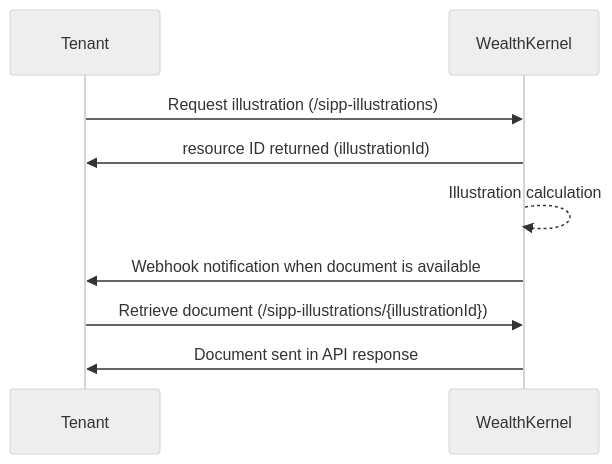
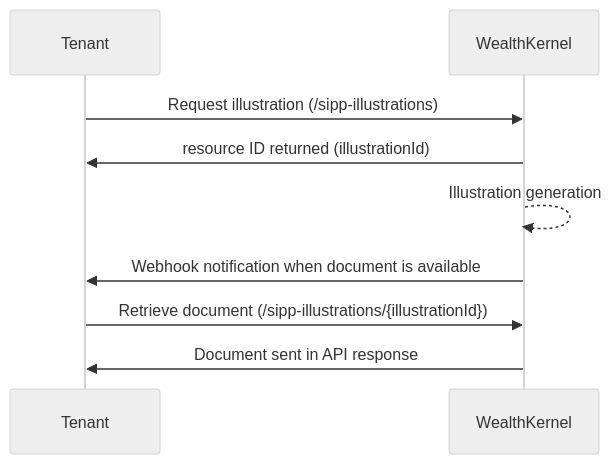
Before and after one commit to wealthkernel/api-documentation-guides: the diagram in docs/illustrations/Basics.md, drawn with Mermaid (neutral theme).

````diff
--- a/docs/illustrations/Basics.md
+++ b/docs/illustrations/Basics.md
@@ -21,9 +21,9 @@
 ```mermaid
 sequenceDiagram
     Tenant->>WealthKernel: Request illustration (/sipp-illustrations)
     WealthKernel->>Tenant: resource ID returned (illustrationId)
-    WealthKernel-->>WealthKernel: Illustration calculation
+    WealthKernel-->>WealthKernel: Illustration generation
     WealthKernel->>Tenant: Webhook notification when document is available
     Tenant->>WealthKernel: Retrieve document (/sipp-illustrations/{illustrationId})
     WealthKernel->>Tenant: Document sent in API response
 ```
````
